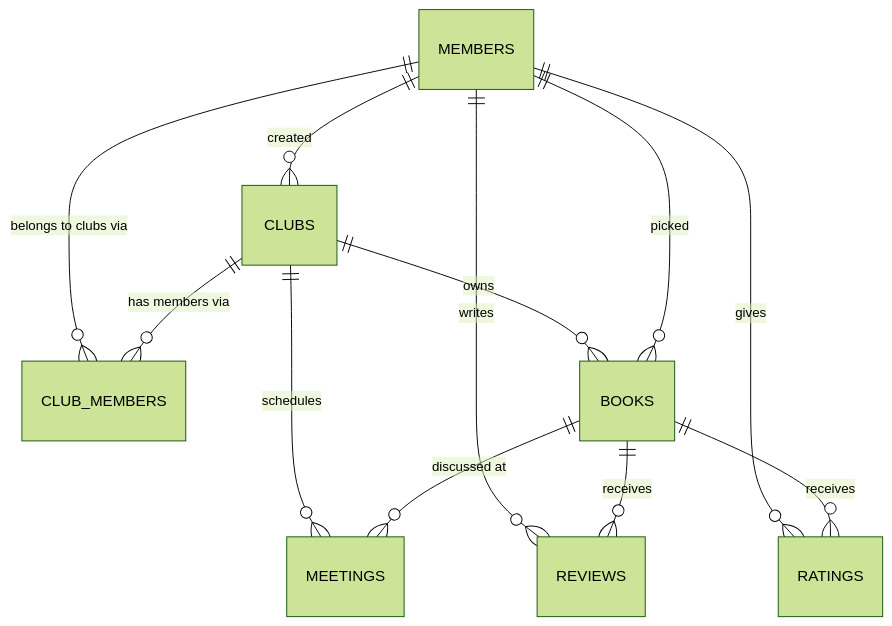
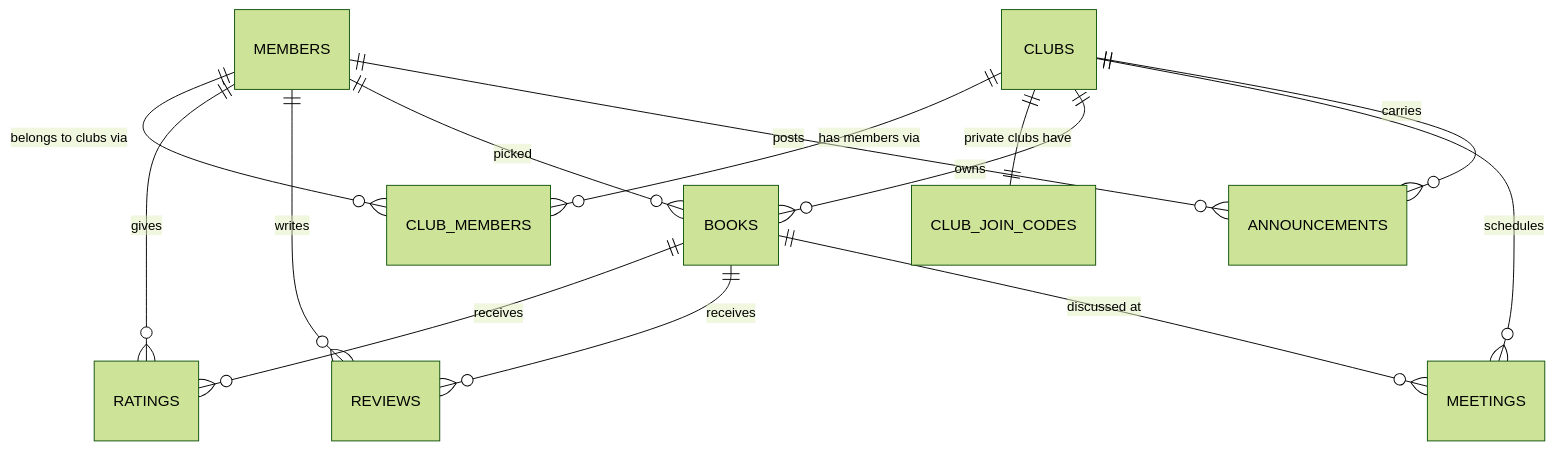
One commit to HeenalA/bookclub-web-app changed the diagram in docs/SCHEMA.md. Above: the diagram before and after it, drawn with Mermaid (forest theme). The commit also changed other lines of this file and 5 other files, not shown here.

First line of the commit message:
docs: rewrite the specification for the current architecture

````diff
--- a/docs/SCHEMA.md
+++ b/docs/SCHEMA.md
@@ -17,14 +18,16 @@
 ```mermaid
 erDiagram
     MEMBERS ||--o{ CLUB_MEMBERS : "belongs to clubs via"
     CLUBS ||--o{ CLUB_MEMBERS : "has members via"
+    CLUBS ||--|| CLUB_JOIN_CODES : "private clubs have"
     CLUBS ||--o{ BOOKS : "owns"
     CLUBS ||--o{ MEETINGS : "schedules"
+    CLUBS ||--o{ ANNOUNCEMENTS : "carries"
     MEMBERS ||--o{ RATINGS : "gives"
     BOOKS ||--o{ RATINGS : "receives"
     MEMBERS ||--o{ REVIEWS : "writes"
     BOOKS ||--o{ REVIEWS : "receives"
     BOOKS ||--o{ MEETINGS : "discussed at"
     MEMBERS ||--o{ BOOKS : "picked"
-    MEMBERS ||--o{ CLUBS : "created"
+    MEMBERS ||--o{ ANNOUNCEMENTS : "posts"
 ```
````
